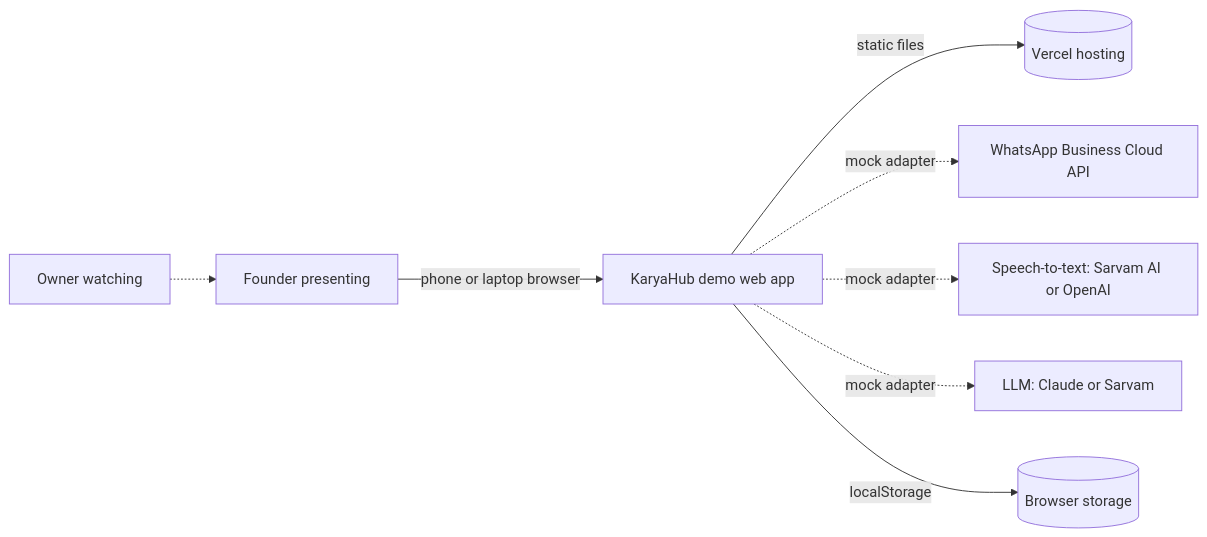
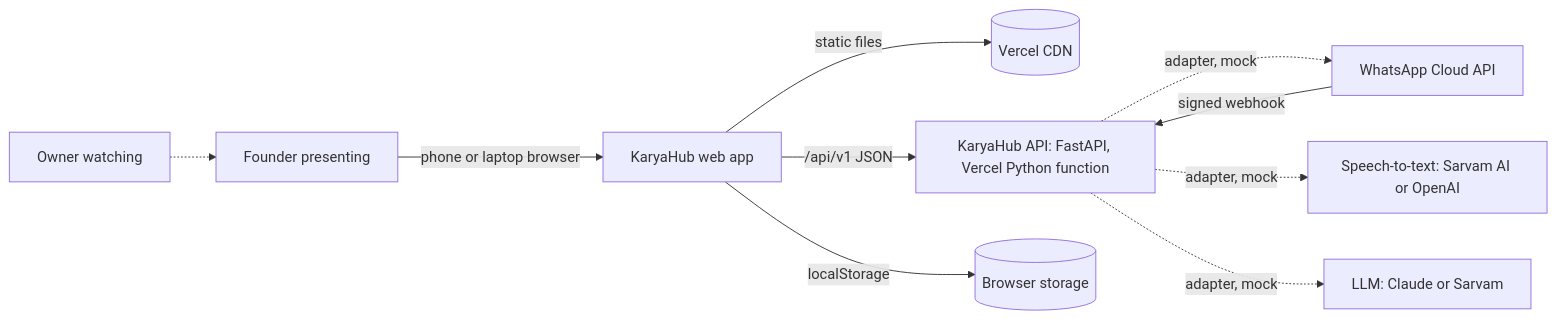
One commit to akkiverse/karyahub changed the first of 2 diagrams in docs/architecture/ARCHITECTURE.md. Above: the diagram before and after it, drawn with Mermaid. The commit also changed other lines of this file and 76 other files, not shown here.

First line of the commit message:
KaryaHub: Advance Tech, server, webhook, proof of work, visit plans (CR-0002)

````diff
--- a/docs/architecture/ARCHITECTURE.md
+++ b/docs/architecture/ARCHITECTURE.md
@@ -9,10 +7,12 @@
 ```mermaid
 flowchart LR
-  P[Founder presenting] -->|phone or laptop browser| A[KaryaHub demo web app]
+  P[Founder presenting] -->|phone or laptop browser| A[KaryaHub web app]
   O[Owner watching] -.-> P
-  A -->|static files| V[(Vercel hosting)]
-  A -. mock adapter .-> W[WhatsApp Business Cloud API]
-  A -. mock adapter .-> S[Speech-to-text: Sarvam AI or OpenAI]
-  A -. mock adapter .-> L[LLM: Claude or Sarvam]
+  A -->|static files| V[(Vercel CDN)]
+  A -->|/api/v1 JSON| S[KaryaHub API: FastAPI, Vercel Python function]
+  M[WhatsApp Cloud API] -->|signed webhook| S
+  S -. adapter, mock .-> M
+  S -. adapter, mock .-> SP[Speech-to-text: Sarvam AI or OpenAI]
+  S -. adapter, mock .-> L[LLM: Claude or Sarvam]
   A -->|localStorage| B[(Browser storage)]
 ```
````
